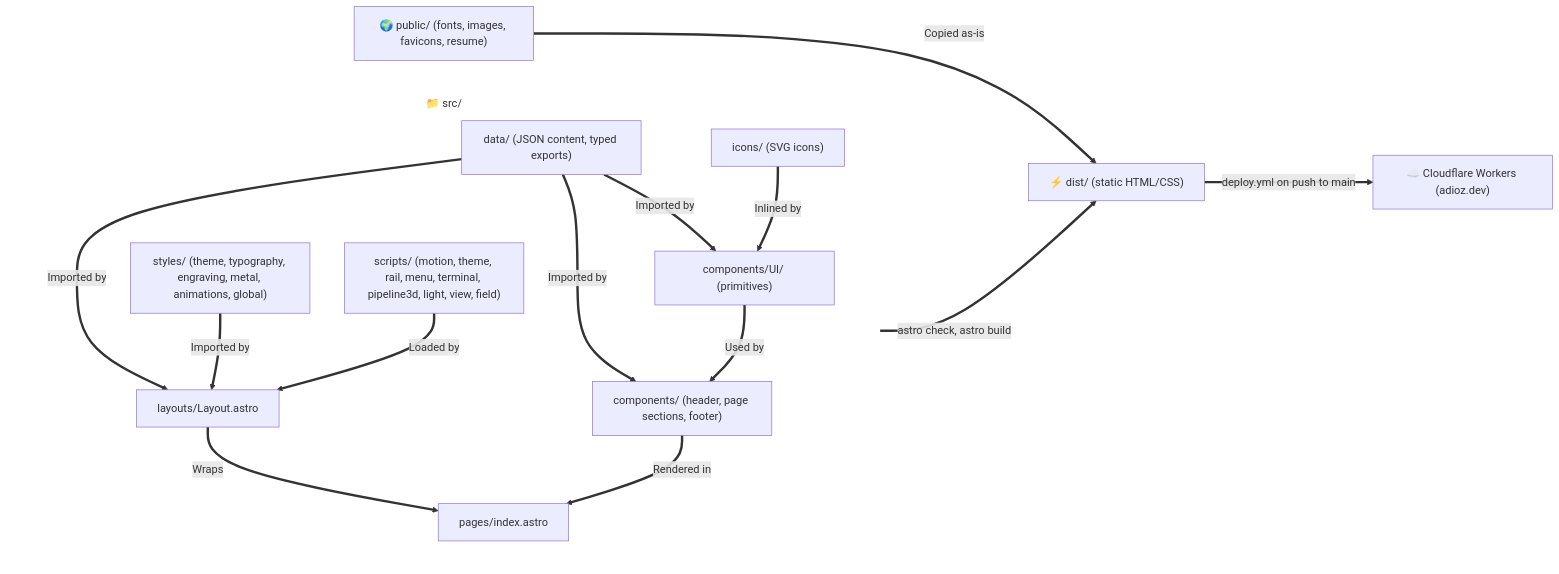
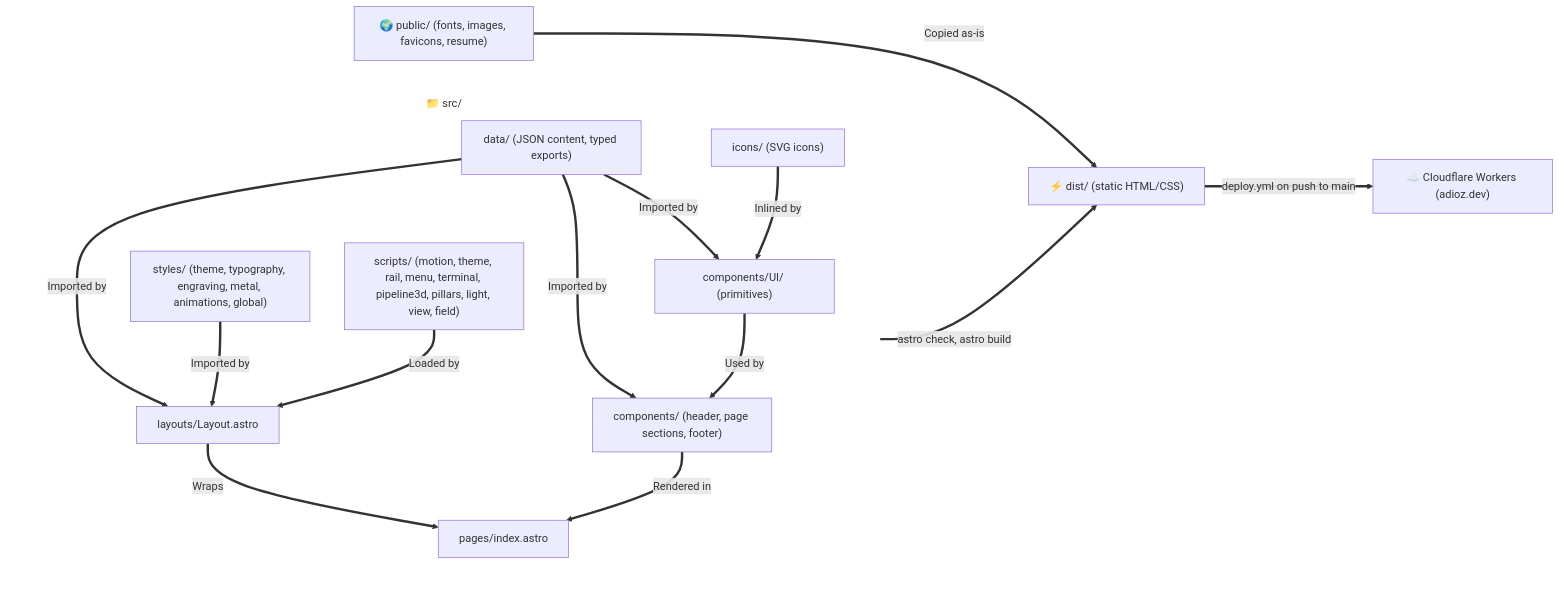
One commit to adiozeshitemi/adioz-profile changed the diagram in docs/architecture.md. Above: the diagram before and after it, drawn with Mermaid. The commit also changed other lines of this file and 10 other files, not shown here.

````diff
--- a/docs/architecture.md
+++ b/docs/architecture.md
@@ -9,33 +9,33 @@
 ```mermaid
 flowchart LR
     %% Define invisible styling for subgraphs to remove backgrounds and borders
     classDef transparent fill:none,stroke:none;
 
     subgraph Src ["📁 src/"]
         direction TB
         Data["data/ (JSON content, typed exports)"]
         Styles["styles/ (theme, typography, engraving, metal, animations, global)"]
-        Scripts["scripts/ (motion, theme, rail, menu, terminal, pipeline3d, light, view, field)"]
+        Scripts["scripts/ (motion, theme, rail, menu, terminal, pipeline3d, pillars, light, view, field)"]
         Icons["icons/ (SVG icons)"]
         UI["components/UI/ (primitives)"]
         Sections["components/ (header, page sections, footer)"]
         Layout["layouts/Layout.astro"]
         Page["pages/index.astro"]
     end
 
     Icons ==>|Inlined by| UI
     Data ==>|Imported by| UI
     Data ==>|Imported by| Sections
     UI ==>|Used by| Sections
     Data ==>|Imported by| Layout
     Styles ==>|Imported by| Layout
     Scripts ==>|Loaded by| Layout
     Sections ==>|Rendered in| Page
     Layout ==>|Wraps| Page
     Page ==>|astro check, astro build| Dist["⚡ dist/ (static HTML/CSS)"]
     Public["🌍 public/ (fonts, images, favicons, resume)"] ==>|Copied as-is| Dist
     Dist ==>|deploy.yml on push to main| Workers["☁️ Cloudflare Workers (adioz.dev)"]
 
     %% Apply transparent class to subgraphs
     class Src transparent;
 ```
````
